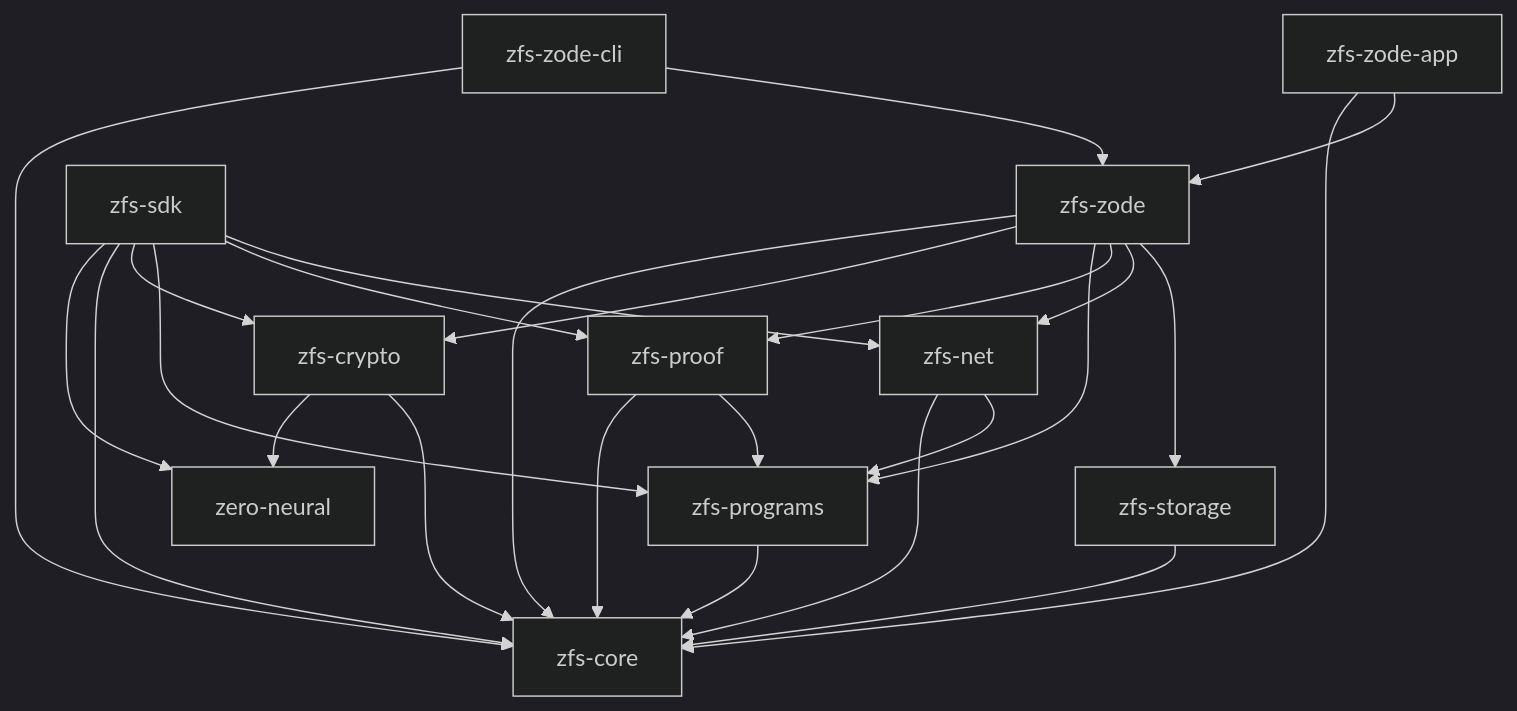
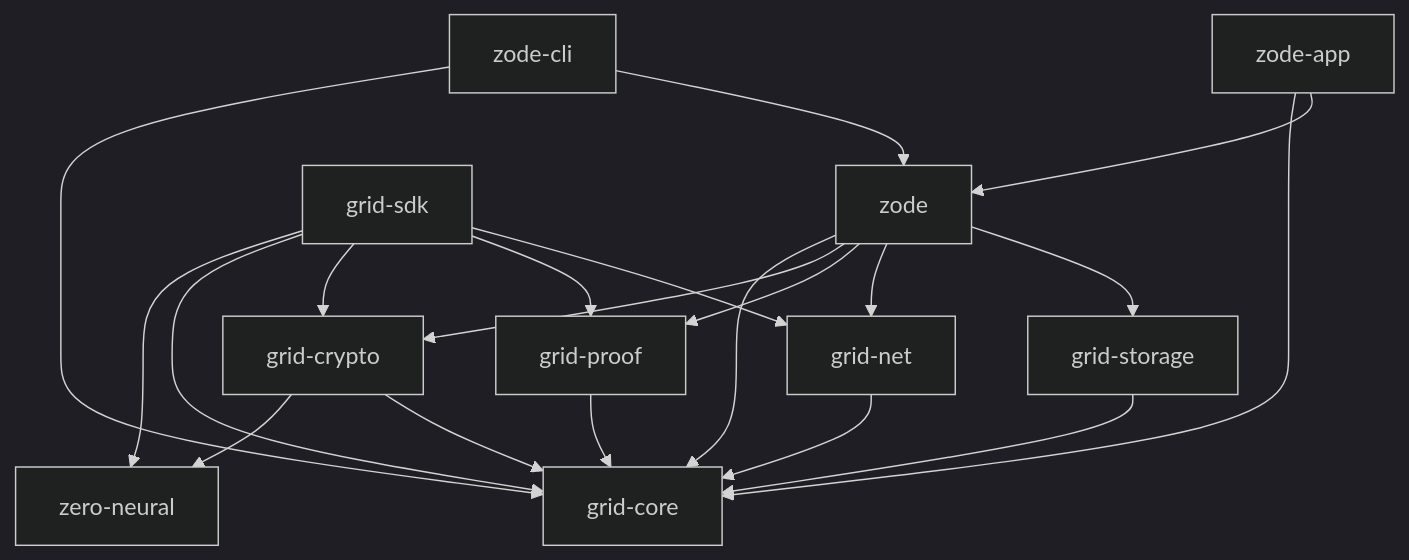
The diagram in docs/spec/v0.1.0/01-architecture.md (mightypex2-ux/the-grid), drawn with Mermaid (dark theme) before and after one commit. The commit also changed other lines of this file and 187 other files, not shown here.

First line of the commit message:
Rename ZFS to THE GRID and bump to v0.2.0

````diff
--- a/docs/spec/v0.1.0/01-architecture.md
+++ b/docs/spec/v0.1.0/01-architecture.md
@@ -34,39 +37,33 @@
 ```mermaid
 flowchart TB
     zn[zero-neural]
-    core[zfs-core]
-    crypto[zfs-crypto]
-    storage[zfs-storage]
-    programs[zfs-programs]
-    proof[zfs-proof]
-    net[zfs-net]
-    zode[zfs-zode]
-    zodeCli[zfs-zode-cli]
-    zodeApp[zfs-zode-app]
-    sdk[zfs-sdk]
+    core[grid-core]
+    crypto[grid-crypto]
+    storage[grid-storage]
+    proof[grid-proof]
+    net[grid-net]
+    zodeLib[zode]
+    zodeCli[zode-cli]
+    zodeApp[zode-app]
+    sdk[grid-sdk]
 
     crypto --> zn
     crypto --> core
     storage --> core
-    programs --> core
     proof --> core
-    proof --> programs
     net --> core
-    net --> programs
-    zode --> core
-    zode --> crypto
-    zode --> programs
-    zode --> proof
-    zode --> net
-    zode --> storage
+    zodeLib --> core
+    zodeLib --> crypto
+    zodeLib --> proof
+    zodeLib --> net
+    zodeLib --> storage
     zodeCli --> core
-    zodeCli --> zode
+    zodeCli --> zodeLib
     zodeApp --> core
-    zodeApp --> zode
+    zodeApp --> zodeLib
     sdk --> zn
     sdk --> core
     sdk --> crypto
-    sdk --> programs
     sdk --> proof
     sdk --> net
 ```
````
